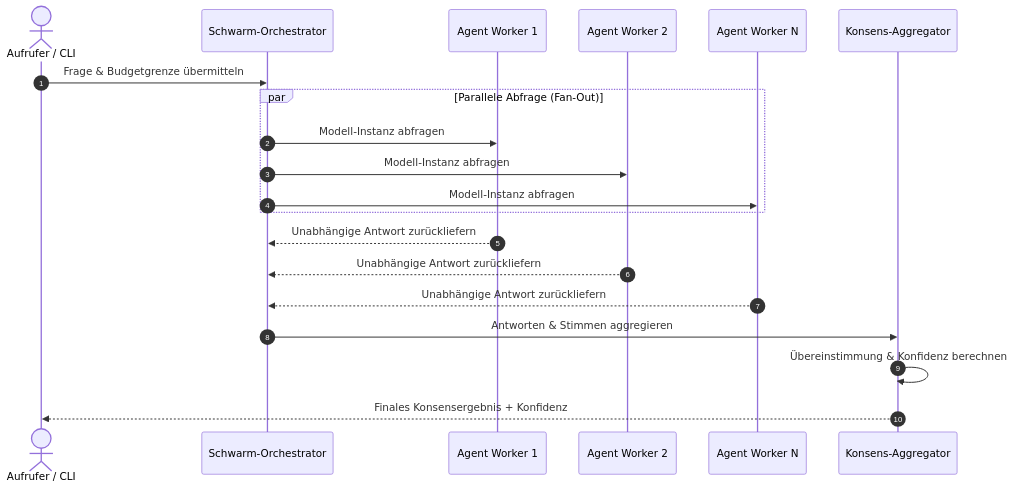
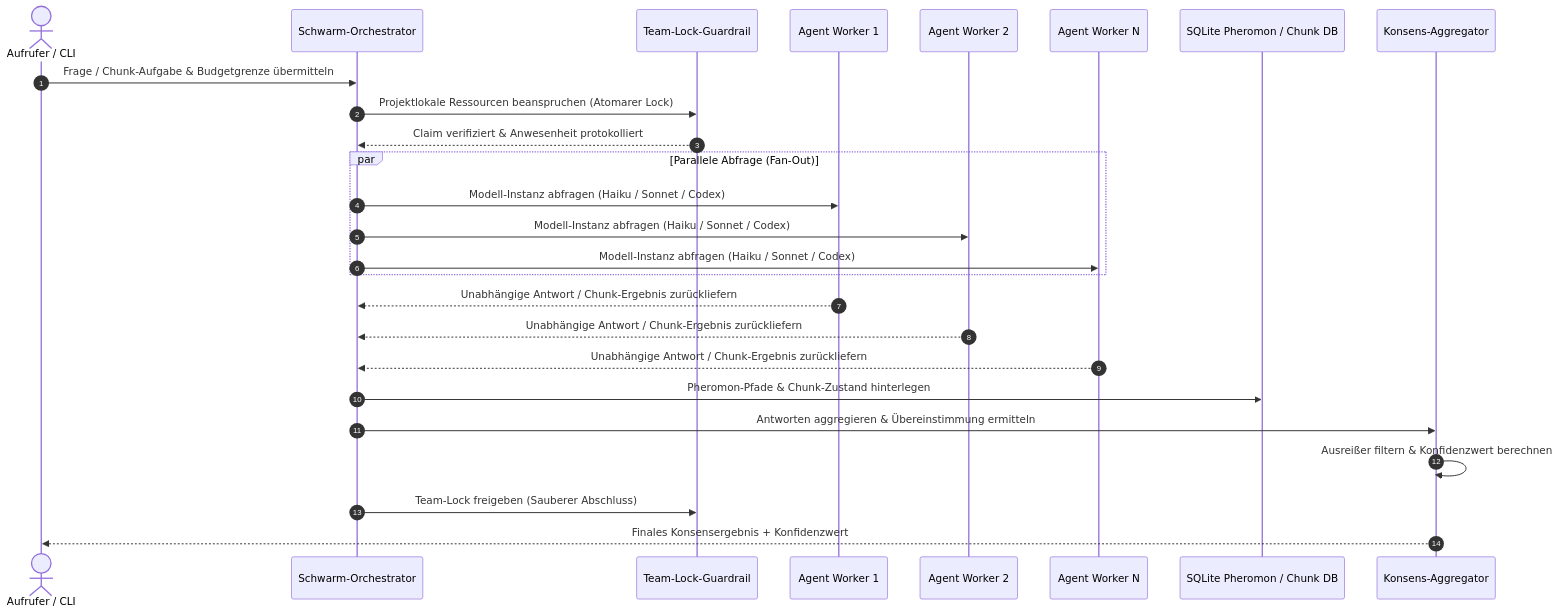
The second of 2 diagrams in README_de.md (cschanhniem/swarm-ai), drawn with Mermaid before and after one commit. The commit also changed other lines of this file and 8 other files, not shown here.

Commit message:
docs: discoverability, visual architecture, bilingual parity & metadata contract (Pfad B)

````diff
--- a/README_de.md
+++ b/README_de.md
@@ -87,23 +96,29 @@
 ```mermaid
 sequenceDiagram
     autonumber
     actor Caller as Aufrufer / CLI
     participant Orch as Schwarm-Orchestrator
+    participant Guard as Team-Lock-Guardrail
     participant WorkerA as Agent Worker 1
     participant WorkerB as Agent Worker 2
     participant WorkerN as Agent Worker N
+    participant Store as SQLite Pheromon / Chunk DB
     participant Voter as Konsens-Aggregator
 
-    Caller->>Orch: Frage & Budgetgrenze übermitteln
+    Caller->>Orch: Frage / Chunk-Aufgabe & Budgetgrenze übermitteln
+    Orch->>Guard: Projektlokale Ressourcen beanspruchen (Atomarer Lock)
+    Guard-->>Orch: Claim verifiziert & Anwesenheit protokolliert
     par Parallele Abfrage (Fan-Out)
-        Orch->>WorkerA: Modell-Instanz abfragen
-        Orch->>WorkerB: Modell-Instanz abfragen
-        Orch->>WorkerN: Modell-Instanz abfragen
+        Orch->>WorkerA: Modell-Instanz abfragen (Haiku / Sonnet / Codex)
+        Orch->>WorkerB: Modell-Instanz abfragen (Haiku / Sonnet / Codex)
+        Orch->>WorkerN: Modell-Instanz abfragen (Haiku / Sonnet / Codex)
     end
-    WorkerA-->>Orch: Unabhängige Antwort zurückliefern
-    WorkerB-->>Orch: Unabhängige Antwort zurückliefern
-    WorkerN-->>Orch: Unabhängige Antwort zurückliefern
-    Orch->>Voter: Antworten & Stimmen aggregieren
-    Voter->>Voter: Übereinstimmung & Konfidenz berechnen
-    Voter-->>Caller: Finales Konsensergebnis + Konfidenz
+    WorkerA-->>Orch: Unabhängige Antwort / Chunk-Ergebnis zurückliefern
+    WorkerB-->>Orch: Unabhängige Antwort / Chunk-Ergebnis zurückliefern
+    WorkerN-->>Orch: Unabhängige Antwort / Chunk-Ergebnis zurückliefern
+    Orch->>Store: Pheromon-Pfade & Chunk-Zustand hinterlegen
+    Orch->>Voter: Antworten aggregieren & Übereinstimmung ermitteln
+    Voter->>Voter: Ausreißer filtern & Konfidenzwert berechnen
+    Orch->>Guard: Team-Lock freigeben (Sauberer Abschluss)
+    Voter-->>Caller: Finales Konsensergebnis + Konfidenzwert
 ```
````
